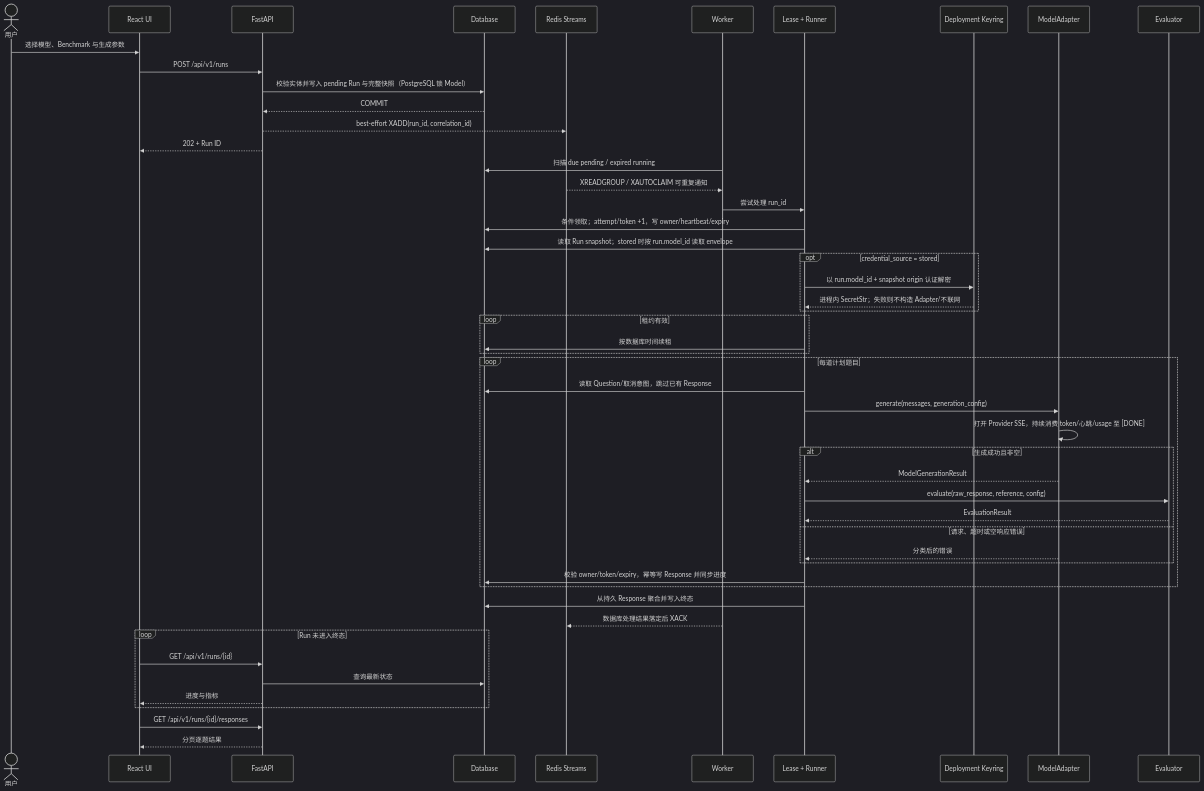
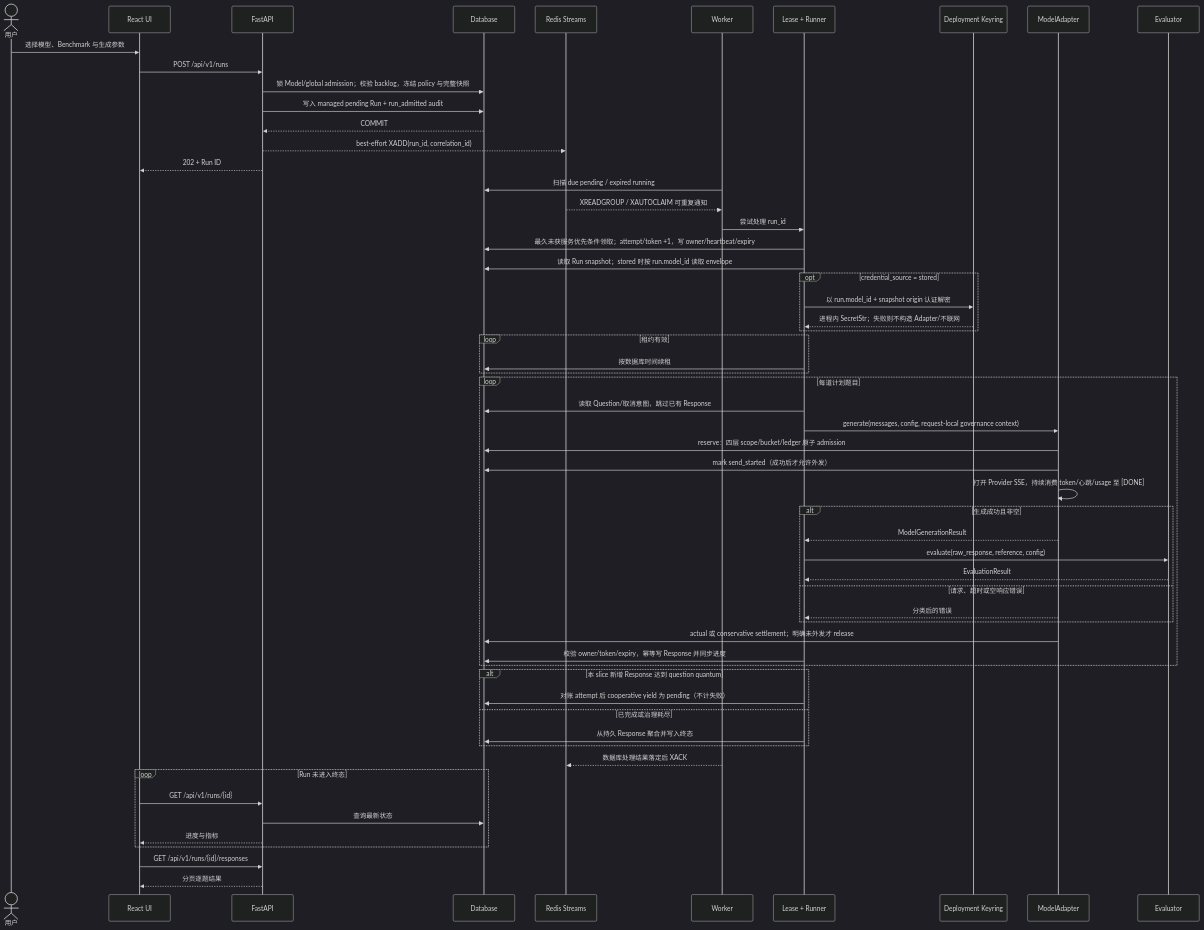
The third of 7 diagrams in docs/ARCHITECTURE.md (CWNU-Open-Source-Community/LLMBenchLab), drawn with Mermaid (dark theme) before and after one commit. The commit also changed other lines of this file and 83 other files, not shown here.

````diff
--- a/docs/ARCHITECTURE.md
+++ b/docs/ARCHITECTURE.md
@@ -167,54 +183,62 @@
 ```mermaid
 sequenceDiagram
     actor U as 用户
     participant W as React UI
     participant A as FastAPI
     participant D as Database
     participant Q as Redis Streams
     participant K as Worker
     participant R as Lease + Runner
     participant C as Deployment Keyring
     participant M as ModelAdapter
     participant E as Evaluator
 
     U->>W: 选择模型、Benchmark 与生成参数
     W->>A: POST /api/v1/runs
-    A->>D: 校验实体并写入 pending Run 与完整快照（PostgreSQL 锁 Model）
+    A->>D: 锁 Model/global admission；校验 backlog，冻结 policy 与完整快照
+    A->>D: 写入 managed pending Run + run_admitted audit
     D-->>A: COMMIT
     A-->>Q: best-effort XADD(run_id, correlation_id)
     A-->>W: 202 + Run ID
     K->>D: 扫描 due pending / expired running
     Q-->>K: XREADGROUP / XAUTOCLAIM 可重复通知
     K->>R: 尝试处理 run_id
-    R->>D: 条件领取；attempt/token +1，写 owner/heartbeat/expiry
+    R->>D: 最久未获服务优先条件领取；attempt/token +1，写 owner/heartbeat/expiry
     R->>D: 读取 Run snapshot；stored 时按 run.model_id 读取 envelope
     opt credential_source = stored
         R->>C: 以 run.model_id + snapshot origin 认证解密
         C-->>R: 进程内 SecretStr；失败则不构造 Adapter/不联网
     end
     loop 租约有效
         R->>D: 按数据库时间续租
     end
     loop 每道计划题目
         R->>D: 读取 Question/取消意图，跳过已有 Response
-        R->>M: generate(messages, generation_config)
+        R->>M: generate(messages, config, request-local governance context)
+        M->>D: reserve：四层 scope/bucket/ledger 原子 admission
+        M->>D: mark send_started（成功后才允许外发）
         M->>M: 打开 Provider SSE，持续消费 token/心跳/usage 至 [DONE]
         alt 生成成功且非空
             M-->>R: ModelGenerationResult
             R->>E: evaluate(raw_response, reference, config)
             E-->>R: EvaluationResult
         else 请求、超时或空响应错误
             M-->>R: 分类后的错误
         end
+        M->>D: actual 或 conservative settlement；明确未外发才 release
         R->>D: 校验 owner/token/expiry，幂等写 Response 并同步进度
     end
-    R->>D: 从持久 Response 聚合并写入终态
+    alt 本 slice 新增 Response 达到 question quantum
+        R->>D: 对账 attempt 后 cooperative yield 为 pending（不计失败）
+    else 已完成或治理耗尽
+        R->>D: 从持久 Response 聚合并写入终态
+    end
     K-->>Q: 数据库处理结果落定后 XACK
     loop Run 未进入终态
         W->>A: GET /api/v1/runs/{id}
         A->>D: 查询最新状态
         A-->>W: 进度与指标
     end
     W->>A: GET /api/v1/runs/{id}/responses
     A-->>W: 分页逐题结果
 ```
````
